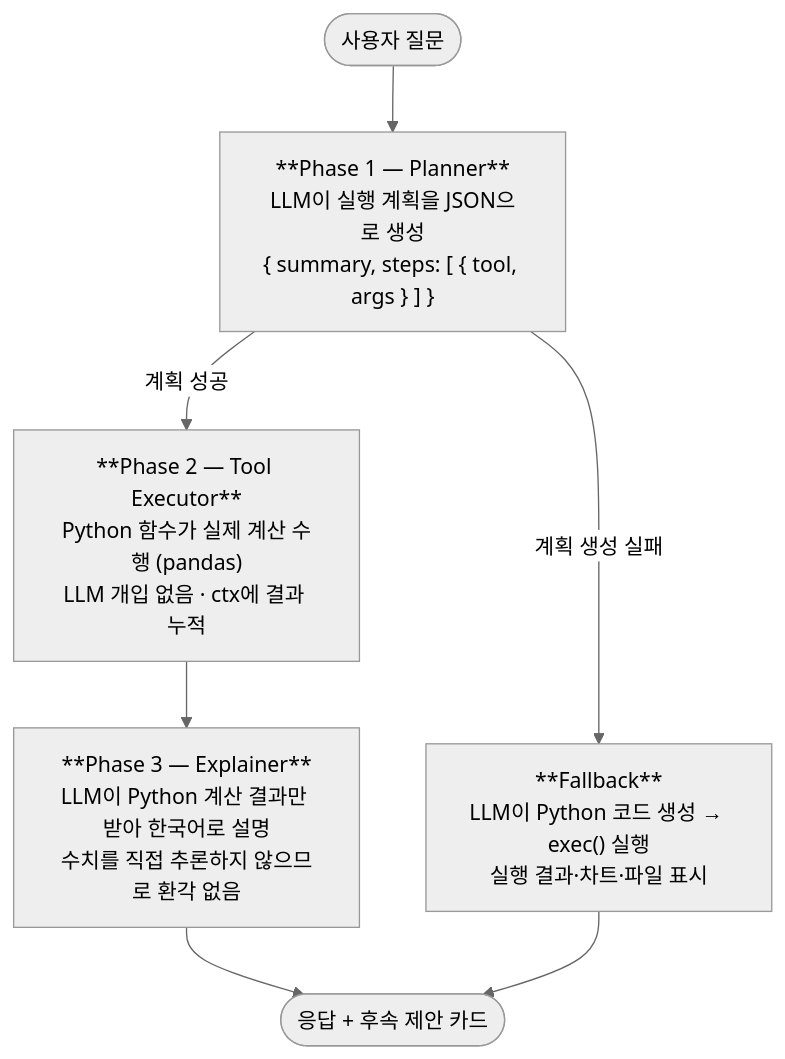
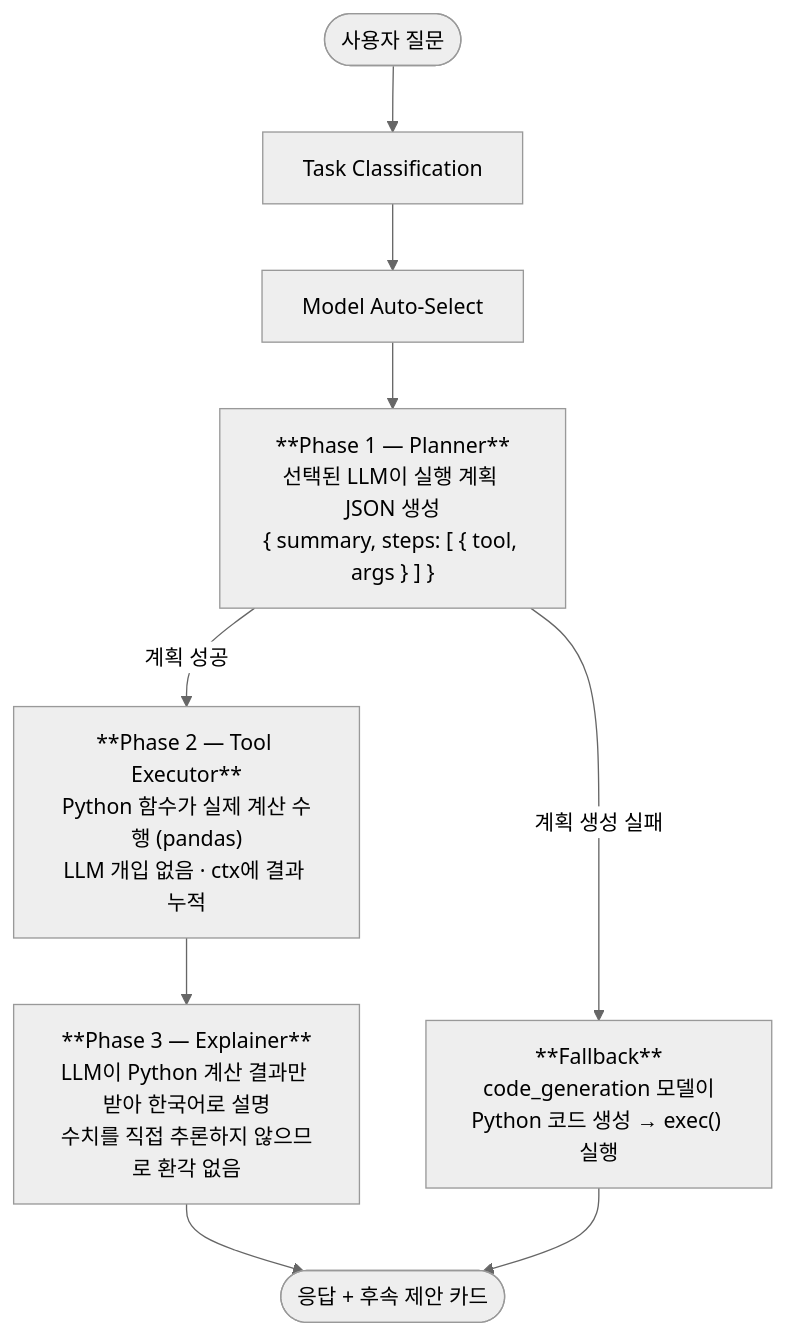
One commit to sayoon01/excel-agent-studio changed the third of 8 diagrams in README.md. Above: the diagram before and after it, drawn with Mermaid (neutral theme). The commit also changed other lines of this file and 10 other files, not shown here.

First line of the commit message:
Add task-based auto model routing and platform polish.

````diff
--- a/README.md
+++ b/README.md
@@ -98,17 +233,19 @@
 ```mermaid
 flowchart TD
-    Q([사용자 질문]) --> P1
+    Q([사용자 질문]) --> TC[Task Classification]
+    TC --> M[Model Auto-Select]
+    M --> P1
 
-    P1["**Phase 1 — Planner**\nLLM이 실행 계획을 JSON으로 생성\n{ summary, steps: [ { tool, args } ] }"]
+    P1["**Phase 1 — Planner**\n선택된 LLM이 실행 계획 JSON 생성\n{ summary, steps: [ { tool, args } ] }"]
     P1 -->|계획 성공| P2
 
     P2["**Phase 2 — Tool Executor**\nPython 함수가 실제 계산 수행 (pandas)\nLLM 개입 없음 · ctx에 결과 누적"]
     P2 --> P3
 
     P3["**Phase 3 — Explainer**\nLLM이 Python 계산 결과만 받아 한국어로 설명\n수치를 직접 추론하지 않으므로 환각 없음"]
     P3 --> R([응답 + 후속 제안 카드])
 
     P1 -->|계획 생성 실패| FB
-    FB["**Fallback**\nLLM이 Python 코드 생성 → exec() 실행\n실행 결과·차트·파일 표시"]
+    FB["**Fallback**\ncode_generation 모델이\nPython 코드 생성 → exec() 실행"]
     FB --> R
 ```
````
